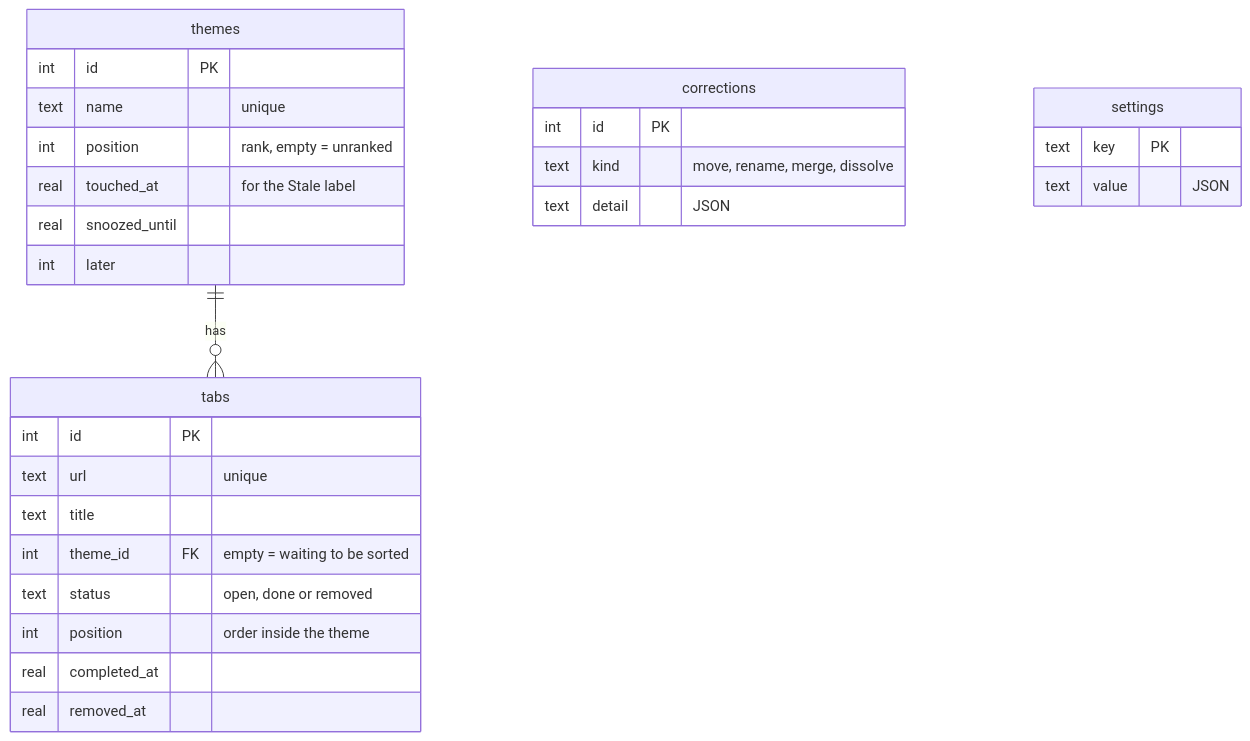
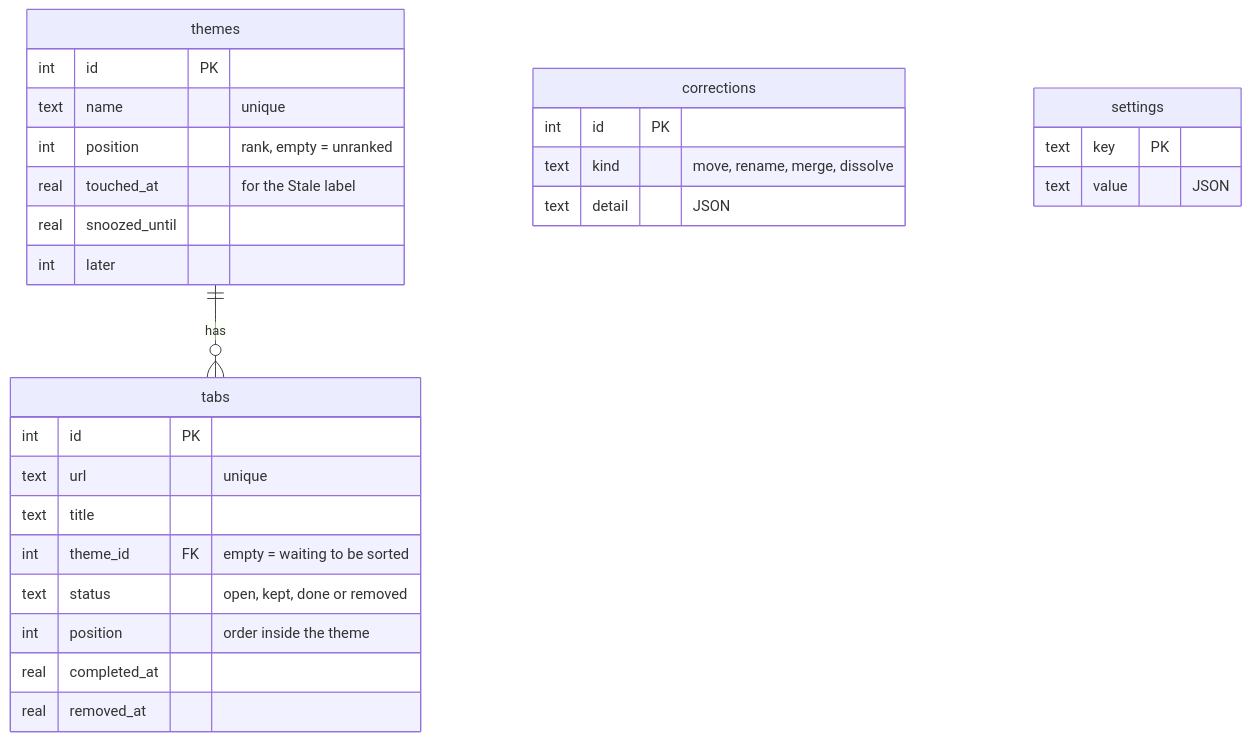
One commit to geopapa11/tab-triage changed the first of 2 diagrams in docs/DATABASE.md. Above: the diagram before and after it, drawn with Mermaid. The commit also changed other lines of this file and 11 other files, not shown here.

````diff
--- a/docs/DATABASE.md
+++ b/docs/DATABASE.md
@@ -12,31 +12,31 @@
 ```mermaid
 erDiagram
   themes ||--o{ tabs : "has"
   themes {
     int id PK
     text name "unique"
     int position "rank, empty = unranked"
     real touched_at "for the Stale label"
     real snoozed_until
     int later
   }
   tabs {
     int id PK
     text url "unique"
     text title
     int theme_id FK "empty = waiting to be sorted"
-    text status "open, done or removed"
+    text status "open, kept, done or removed"
     int position "order inside the theme"
     real completed_at
     real removed_at
   }
   corrections {
     int id PK
     text kind "move, rename, merge, dissolve"
     text detail "JSON"
   }
   settings {
     text key PK
     text value "JSON"
   }
 ```
````
